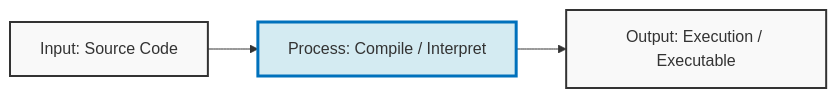
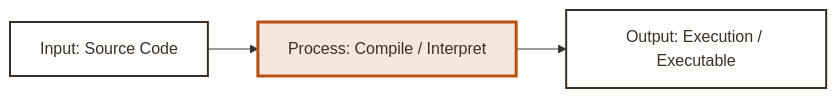
Before and after one commit to deepak-k-marian/DSA: the diagram in client/src/assets/diagrams/source-code-flow.mmd, drawn with Mermaid.

Commit message:
Updated Concept map color to match the color scheme

```diff
--- a/client/src/assets/diagrams/source-code-flow.mmd
+++ b/client/src/assets/diagrams/source-code-flow.mmd
@@ -1,7 +1,7 @@
 flowchart LR
     A[Input: Source Code] --> B[Process: Compile / Interpret]
     B --> C[Output: Execution / Executable]
 
-    style A fill:#f9f9f9,stroke:#333,stroke-width:2px
-    style B fill:#d4ebf2,stroke:#0071bc,stroke-width:3px
-    style C fill:#f9f9f9,stroke:#333,stroke-width:2px
+    style A fill:none,stroke:#3B2F25,stroke-width:2px,color:#3B2F25
+    style B fill:#F7E6DC,stroke:#B8500F,stroke-width:3px,color:#3B2F25
+    style C fill:none,stroke:#3B2F25,stroke-width:2px,color:#3B2F25
```
